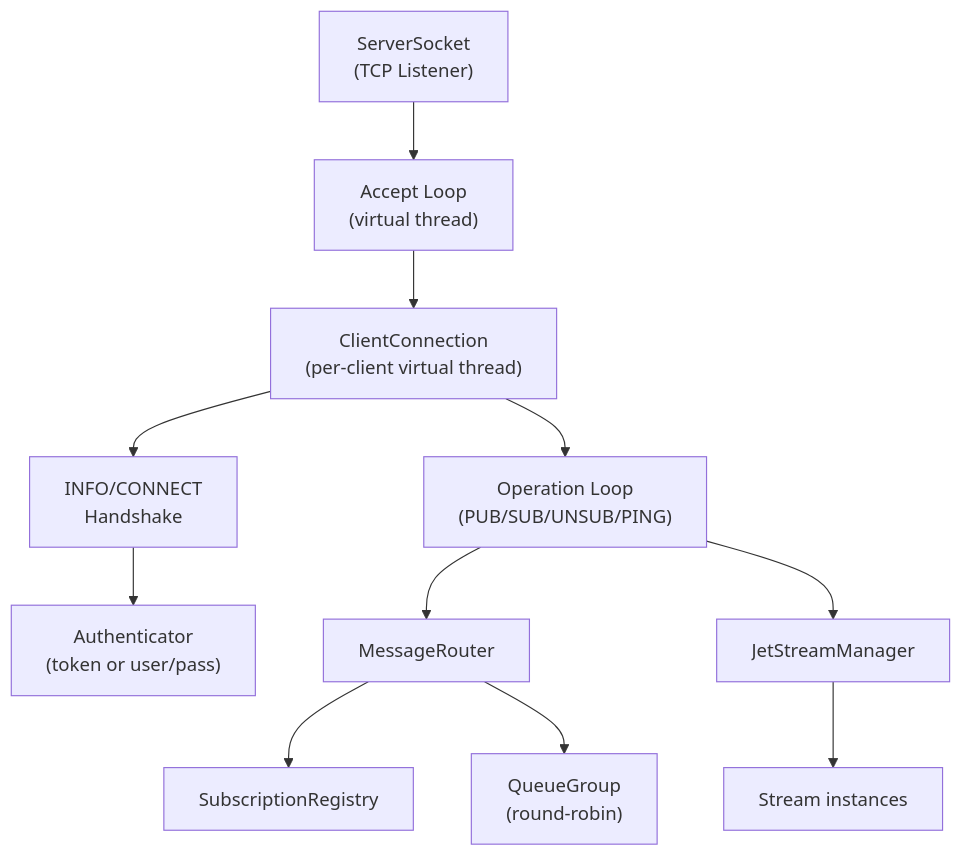
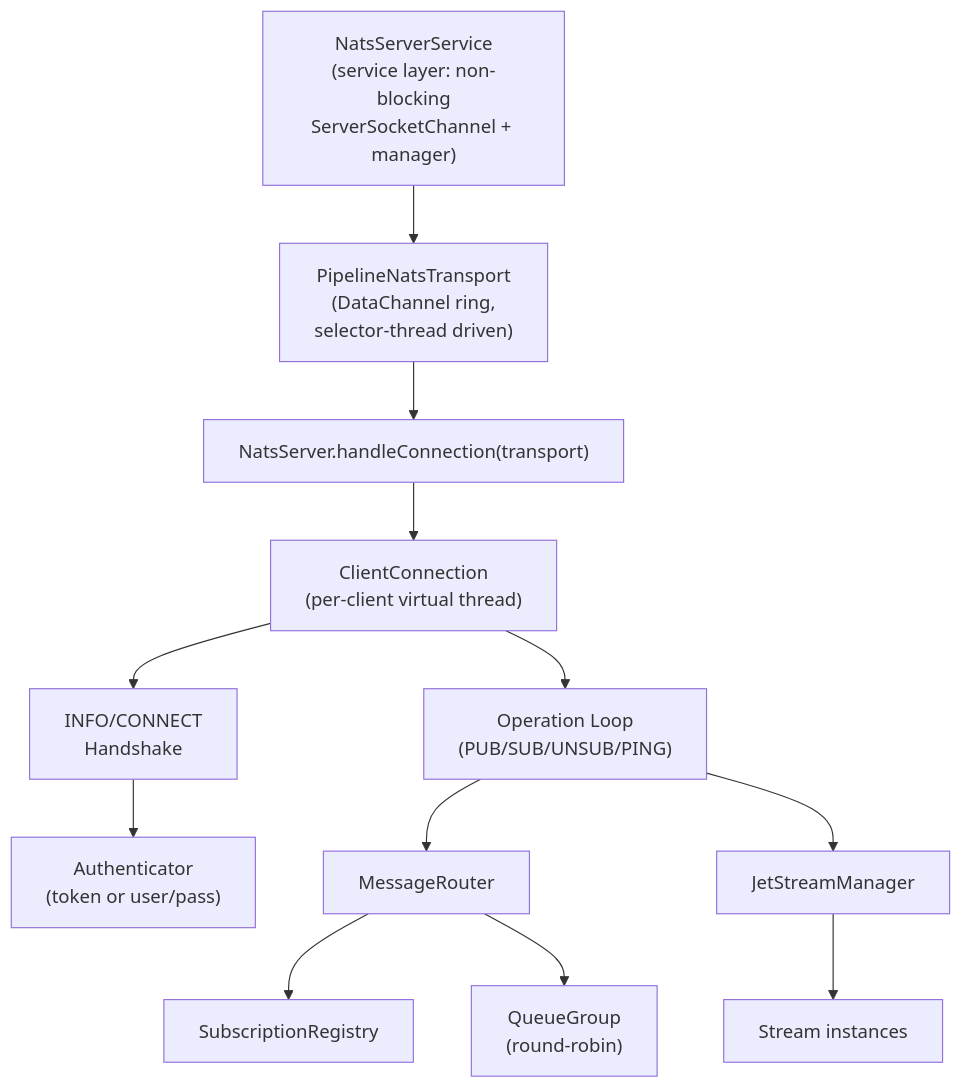
Before and after one commit to 000ssg/lego-flow: the fifth of 8 diagrams in messaging/nats/doc/ARCHITECTURE.md, drawn with Mermaid. The commit also changed other lines of this file and 780 other files, not shown here.

````diff
--- a/messaging/nats/doc/ARCHITECTURE.md
+++ b/messaging/nats/doc/ARCHITECTURE.md
@@ -101,13 +110,14 @@
 ```mermaid
 graph TD
-    TCP["ServerSocket<br/>(TCP Listener)"] --> Accept["Accept Loop<br/>(virtual thread)"]
-    Accept --> CC["ClientConnection<br/>(per-client virtual thread)"]
+    SVC["NatsServerService<br/>(service layer: non-blocking<br/>ServerSocketChannel + manager)"] --> Pipe["PipelineNatsTransport<br/>(DataChannel ring,<br/>selector-thread driven)"]
+    Pipe --> HC["NatsServer.handleConnection(transport)"]
+    HC --> CC["ClientConnection<br/>(per-client virtual thread)"]
     CC --> Handshake["INFO/CONNECT<br/>Handshake"]
     Handshake --> Auth["Authenticator<br/>(token or user/pass)"]
     CC --> OpLoop["Operation Loop<br/>(PUB/SUB/UNSUB/PING)"]
     OpLoop --> Router["MessageRouter"]
     Router --> SubReg["SubscriptionRegistry"]
     Router --> QueueGroups["QueueGroup<br/>(round-robin)"]
     OpLoop --> JSMgr["JetStreamManager"]
     JSMgr --> Streams["Stream instances"]
 ```
````
